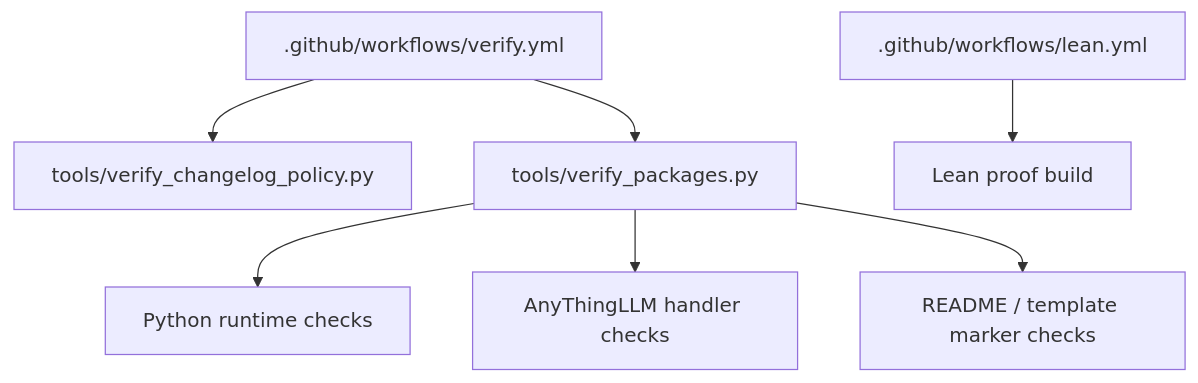
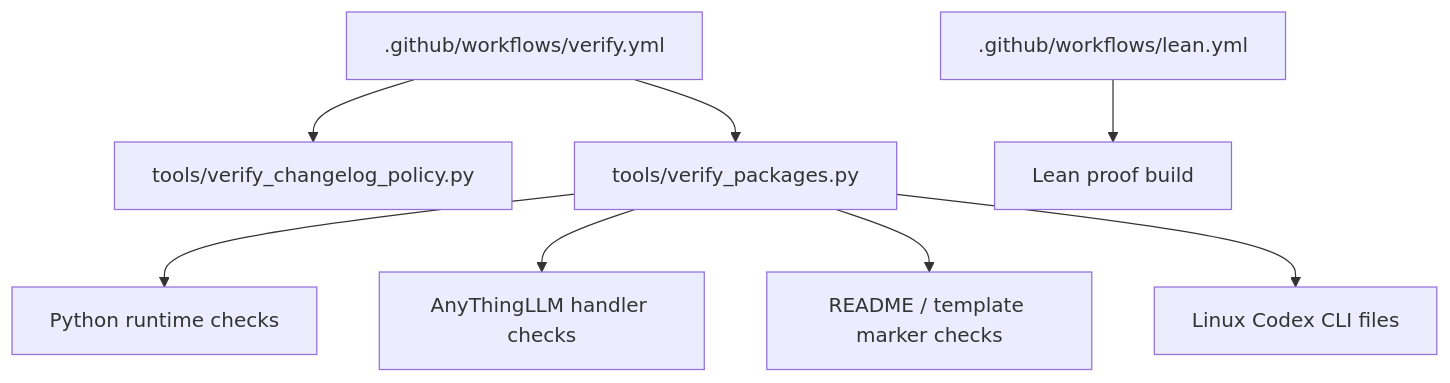
The fifth of 5 diagrams in docs/architecture/software-map.md (drhunn/the_design_philosophers_and_the_builder), drawn with Mermaid before and after one commit. The commit also changed other lines of this file, not shown here.

Commit message:
Map Linux Codex CLI distribution

````diff
--- a/docs/architecture/software-map.md
+++ b/docs/architecture/software-map.md
@@ -99,12 +107,13 @@
 ```mermaid
 flowchart TD
     VerifyWorkflow[.github/workflows/verify.yml]
     LeanWorkflow[.github/workflows/lean.yml]
 
     VerifyWorkflow --> ChangelogVerifier[tools/verify_changelog_policy.py]
     VerifyWorkflow --> PackageVerifier[tools/verify_packages.py]
     PackageVerifier --> PythonRuntime[Python runtime checks]
     PackageVerifier --> AnythingRuntime[AnyThingLLM handler checks]
     PackageVerifier --> Docs[README / template marker checks]
+    PackageVerifier --> CodexCLI[Linux Codex CLI files]
     LeanWorkflow --> LeanProofs[Lean proof build]
 ```
````
